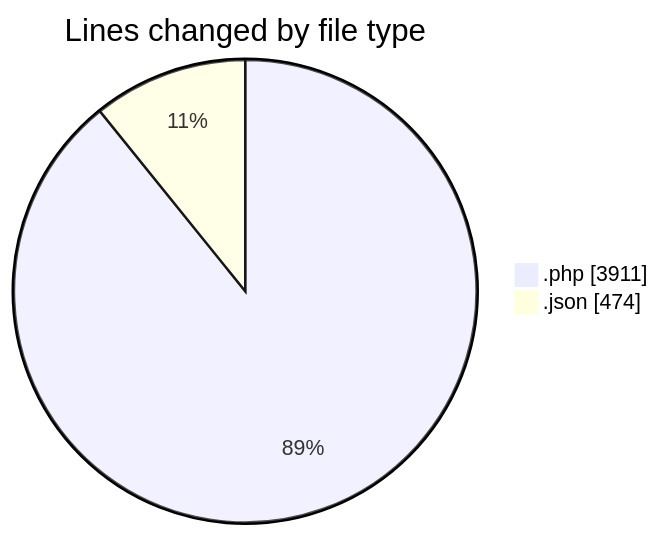
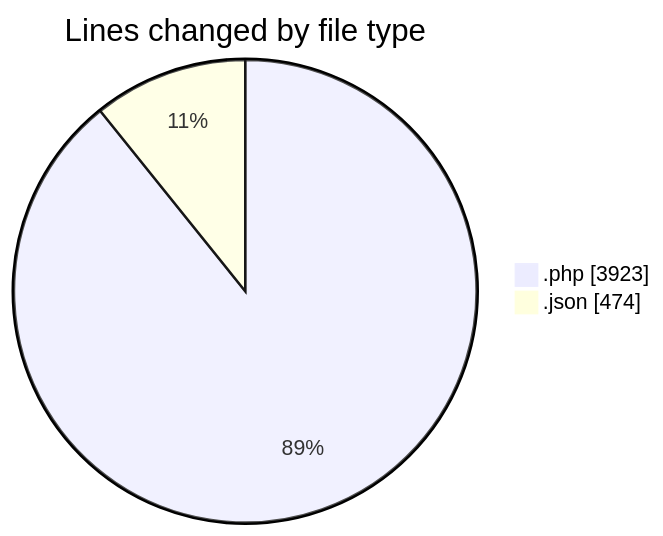
The first of 2 diagrams in 2025-06-16/studio-backend/README.md (idhammustaqopulfikri/code-tracking), drawn with Mermaid before and after one commit. The commit also changed other lines of this file and 1 other file, not shown here.

````diff
--- a/2025-06-16/studio-backend/README.md
+++ b/2025-06-16/studio-backend/README.md
@@ -36,6 +36,6 @@
 ```mermaid
 pie showData
 title Lines changed by file type
-".php" : 3911
+".php" : 3923
 ".json" : 474
 ```
````
